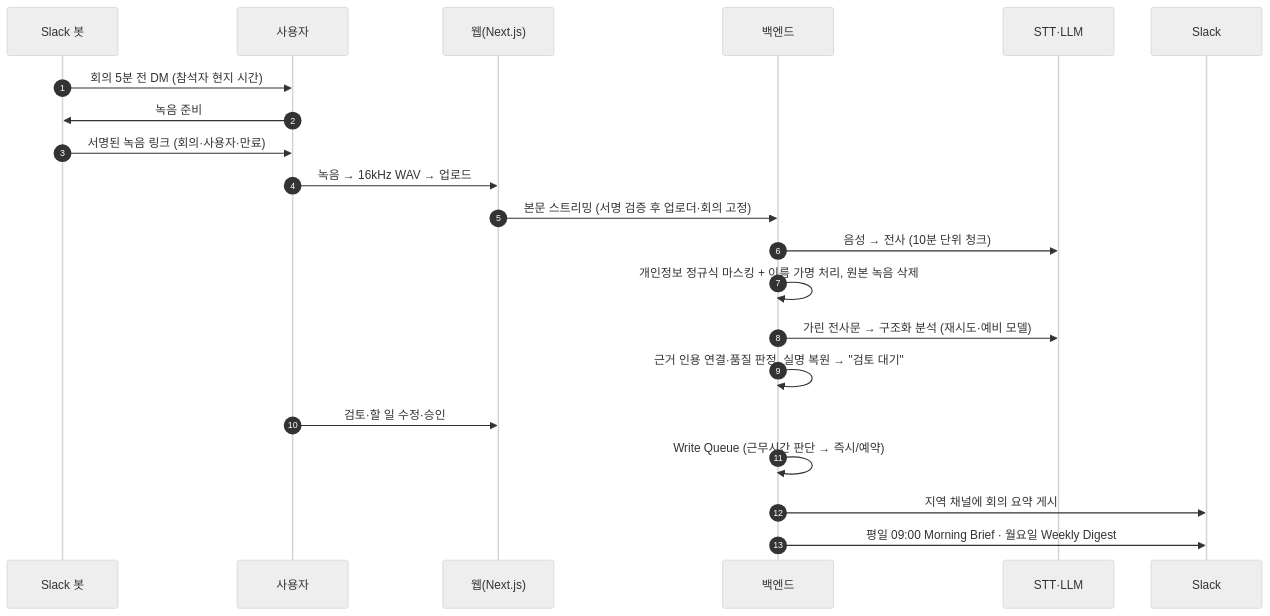
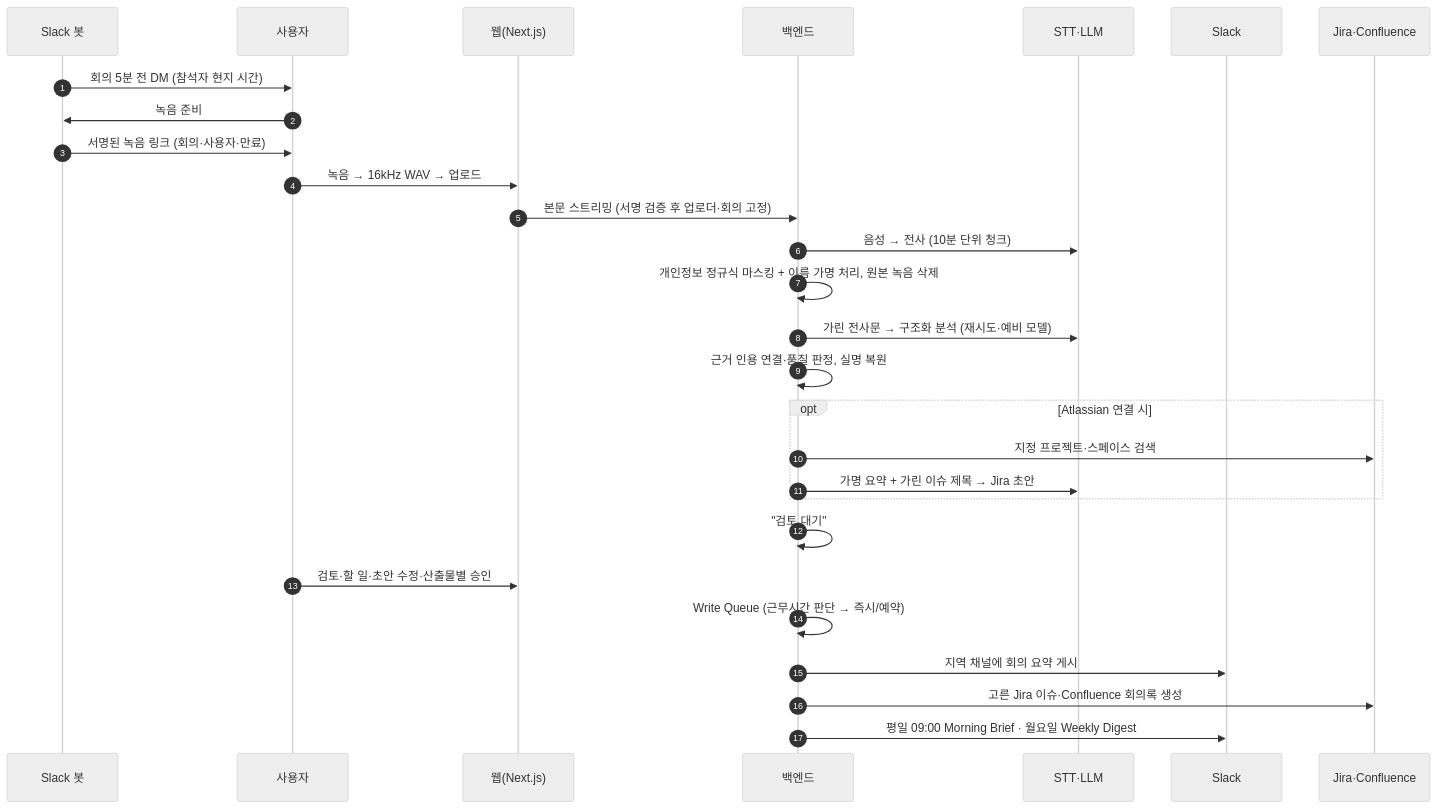
The second of 3 diagrams in docs/ARCHITECTURE.md (UnderCruzer/meeting-automation), drawn with Mermaid (neutral theme) before and after one commit. The commit also changed other lines of this file and 4 other files, not shown here.

First line of the commit message:
docs(#82): Jira·Confluence 연결 안내(무료 Atlassian 기준)와 환경변수·Render 설정

````diff
--- a/docs/ARCHITECTURE.md
+++ b/docs/ARCHITECTURE.md
@@ -53,24 +55,31 @@
 ```mermaid
 sequenceDiagram
   autonumber
   participant B as Slack 봇
   participant U as 사용자
   participant W as 웹(Next.js)
   participant A as 백엔드
   participant AI as STT·LLM
   participant S as Slack
+  participant J as Jira·Confluence
 
   B->>U: 회의 5분 전 DM (참석자 현지 시간)
   U->>B: 녹음 준비
   B->>U: 서명된 녹음 링크 (회의·사용자·만료)
   U->>W: 녹음 → 16kHz WAV → 업로드
   W->>A: 본문 스트리밍 (서명 검증 후 업로더·회의 고정)
   A->>AI: 음성 → 전사 (10분 단위 청크)
   A->>A: 개인정보 정규식 마스킹 + 이름 가명 처리, 원본 녹음 삭제
   A->>AI: 가린 전사문 → 구조화 분석 (재시도·예비 모델)
-  A->>A: 근거 인용 연결·품질 판정, 실명 복원 → "검토 대기"
-  U->>W: 검토·할 일 수정·승인
+  A->>A: 근거 인용 연결·품질 판정, 실명 복원
+  opt Atlassian 연결 시
+    A->>J: 지정 프로젝트·스페이스 검색
+    A->>AI: 가명 요약 + 가린 이슈 제목 → Jira 초안
+  end
+  A->>A: "검토 대기"
+  U->>W: 검토·할 일·초안 수정·산출물별 승인
   A->>A: Write Queue (근무시간 판단 → 즉시/예약)
   A->>S: 지역 채널에 회의 요약 게시
+  A->>J: 고른 Jira 이슈·Confluence 회의록 생성
   A->>S: 평일 09:00 Morning Brief · 월요일 Weekly Digest
 ```
````
